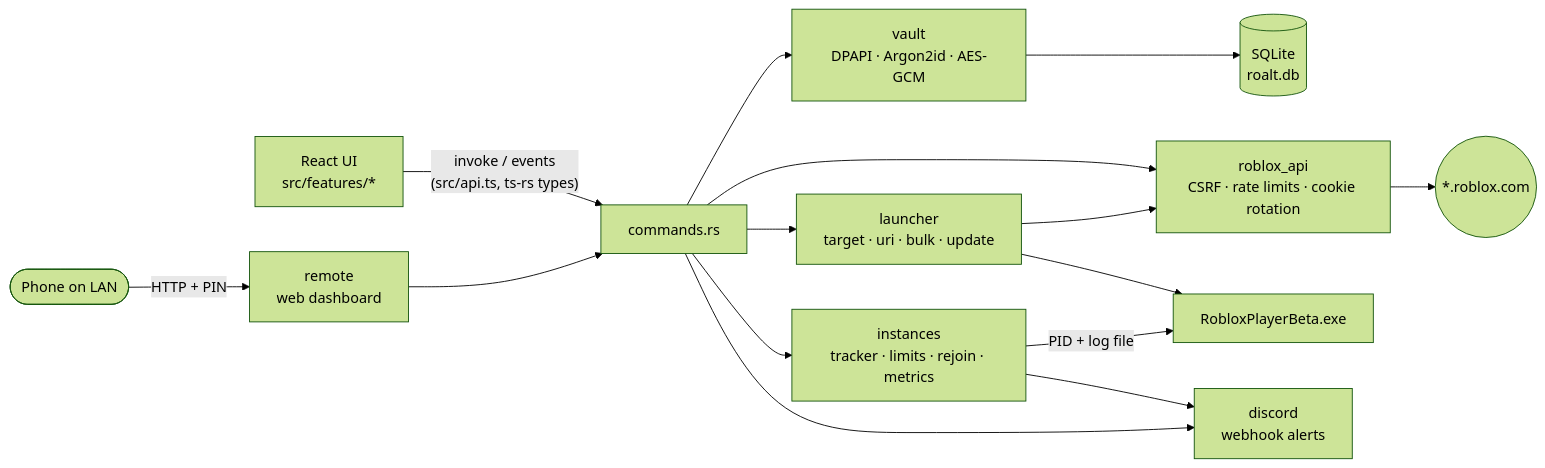
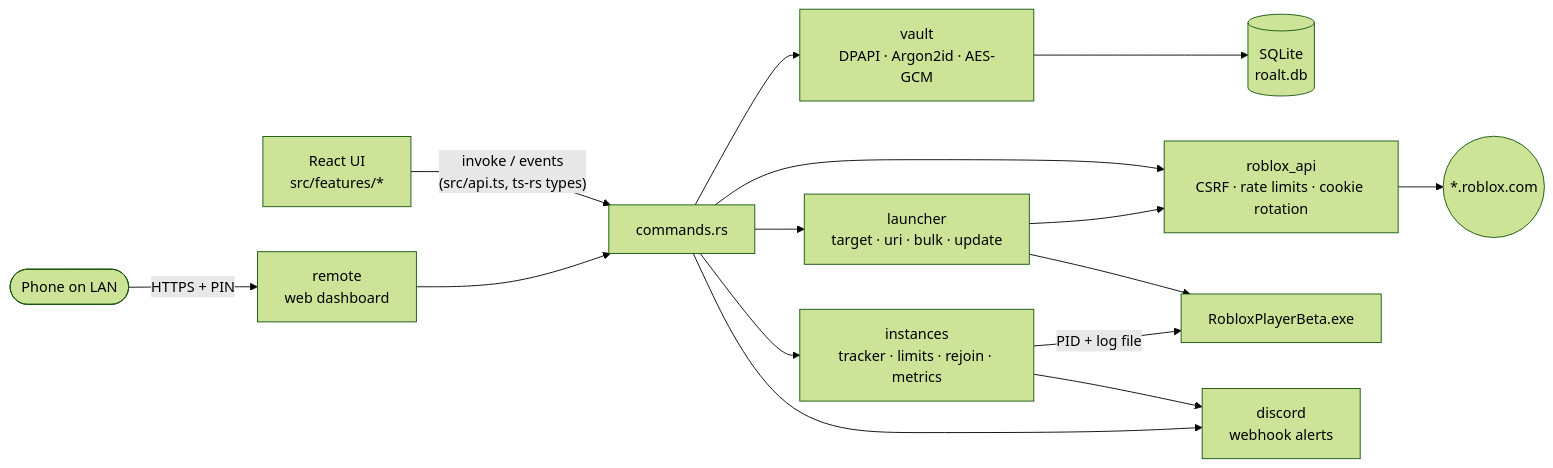
The diagram in README.md (inspectsoftware/RoALT), drawn with Mermaid (forest theme) before and after one commit. The commit also changed other lines of this file and 42 other files, not shown here.

````diff
--- a/README.md
+++ b/README.md
@@ -445,17 +451,17 @@
 ```mermaid
 flowchart LR
     UI["React UI<br/>src/features/*"] -- "invoke / events<br/>(src/api.ts, ts-rs types)" --> CMD["commands.rs"]
     CMD --> VAULT["vault<br/>DPAPI · Argon2id · AES-GCM"]
     CMD --> API["roblox_api<br/>CSRF · rate limits · cookie rotation"]
     CMD --> LAUNCH["launcher<br/>target · uri · bulk · update"]
     CMD --> INST["instances<br/>tracker · limits · rejoin · metrics"]
     CMD --> DISC["discord<br/>webhook alerts"]
-    PHONE(["Phone on LAN"]) -- "HTTP + PIN" --> REMOTE["remote<br/>web dashboard"]
+    PHONE(["Phone on LAN"]) -- "HTTPS + PIN" --> REMOTE["remote<br/>web dashboard"]
     REMOTE --> CMD
     VAULT --> DB[("SQLite<br/>roalt.db")]
     LAUNCH --> API
     LAUNCH --> RBX["RobloxPlayerBeta.exe"]
     INST -- "PID + log file" --> RBX
     INST --> DISC
     API --> NET(("*.roblox.com"))
 ```
````
